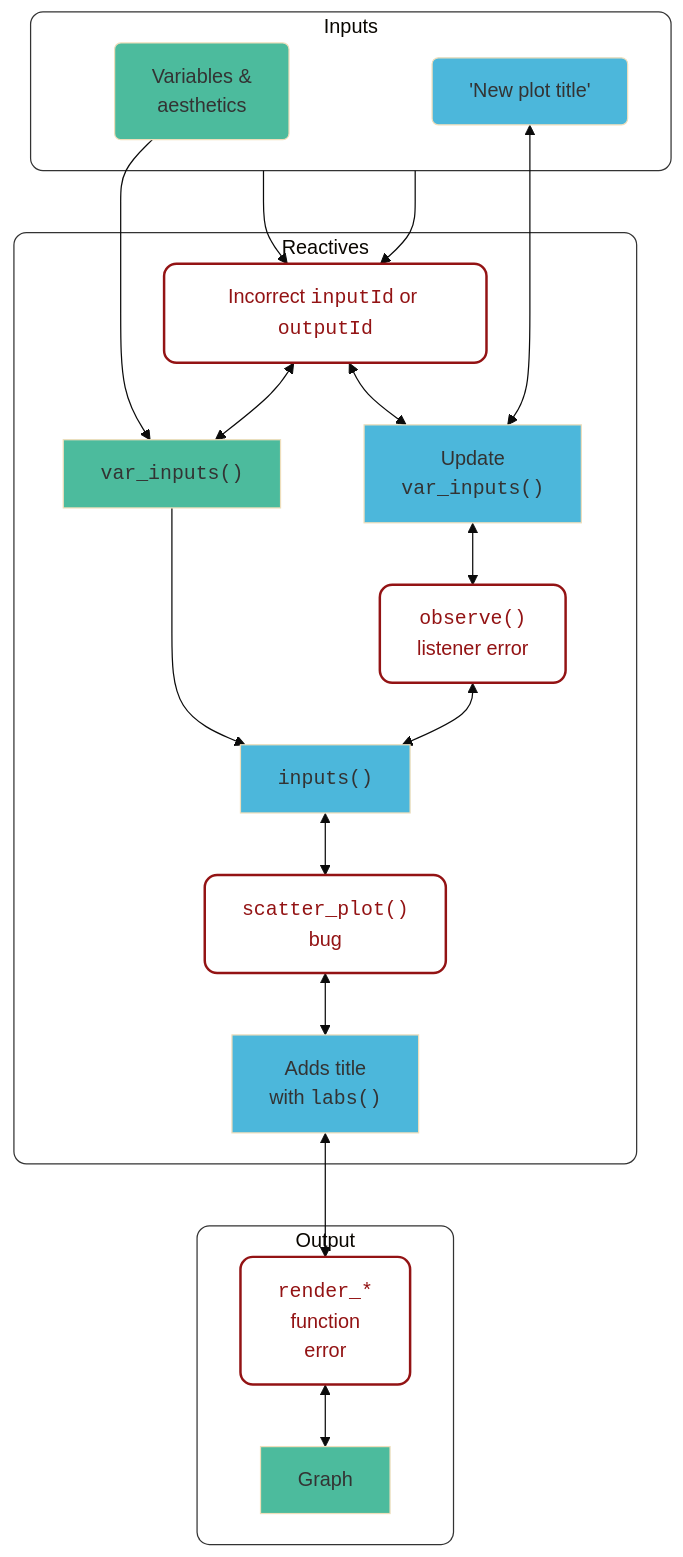
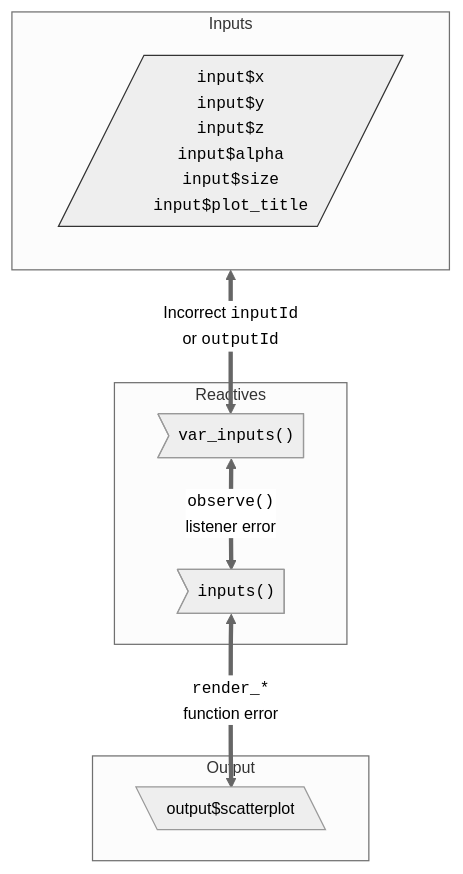
The fourth of 4 diagrams in debug.qmd (mjfrigaard/shiny-app-pkgs), drawn with Mermaid before and after one commit. The commit also changed other lines of this file and 31 other files, not shown here.

````diff
--- a/debug.qmd
+++ b/debug.qmd
@@ -253,68 +284,31 @@
 ```{mermaid}
-%%| label: bugs_reactive
+%%| fig-cap: '*Possible locations of bugs in a reactive model*'
 %%| fig-align: center
-%%| fig-cap: '*Possible locations of bugs in a reactive model*'
-%%{init: {'theme': 'base', 'themeVariables': { 'fontFamily': 'monospace'}}}%%
-flowchart 
+%%{init: {'theme': 'neutral', 'themeVariables': { 'fontFamily': 'monospace', "fontSize":"13px"}}}%%
+flowchart TD
     subgraph Inputs["Inputs"]
-        InputsVars["Variables & 
-                   aesthetics"]
-        InputsTitle[" 'New plot title' "]
+        var_input[/"<code>input$x</code>
+                   <code>input$y</code> 
+                   <code>input$z</code> 
+                   <code>input$alpha</code>
+                   <code>input$size</code>
+                   <code>input$plot_title</code>"/]
+    end
+    subgraph React["Reactives"]
+        var_inputs>"<code>var_inputs()</code> "]
+        inputs>"<code>inputs()</code>"]
+        
+        
         
     end
-    
-    subgraph React["Reactives"]
-        ReactVarInput["<code>var_inputs()</code>"]
-        ReactInput["<code>inputs()</code>"]
-        ReactUpdateVarInput["Update
-                             <code>var_inputs()</code>"]
-        ReactLabsTitle["Adds title 
-                        with <code>labs()</code>"]
-        BugIds["Incorrect <code>inputId</code> or <code>outputId</code>"]
-        BugObsListen["<code>observe()</code> 
-                      listener error"]
-        BugPlotFun["<code>scatter_plot()</code> 
-                    bug"]
+    subgraph Output["Output"]
+        output[\"output$scatterplot"\]
         
     end
+
+    Inputs <==> |"Incorrect <code>inputId</code><br>or <code>outputId</code>"|var_inputs 
+    var_inputs <==> |"<code>observe()</code><br>listener error"|inputs
+    inputs <==> |"<code>render_*</code><br>function error"|output
     
-    subgraph Output["Output"]
-        OutputGraph[Graph]
-        BugRenderFuns["<code>render_*</code> 
-                       function 
-                       error"]
-    end
-
-
-    InputsVars --> ReactVarInput
-    Inputs --> BugIds <--> ReactVarInput 
-    Inputs --> BugIds <--> ReactUpdateVarInput
-    InputsTitle <--> ReactUpdateVarInput
-
-    ReactVarInput --> ReactInput 
-    ReactUpdateVarInput <--> BugObsListen
-    BugObsListen <--> ReactInput
-    ReactInput <--> BugPlotFun <--> ReactLabsTitle
-
-    ReactLabsTitle <--> BugRenderFuns <--> OutputGraph
-
-
-    style Inputs fill:#FFFFFF,stroke:#333,stroke-width:1px,rx:10,ry:10
-    style React fill:#FFFFFF,stroke:#333,stroke-width:1px,rx:10,ry:10
-    style Output fill:#FFFFFF,stroke:#333,stroke-width:1px,rx:10,ry:10
-    
-    style InputsVars fill:#4CBB9D,rx:5,ry:5
-    style InputsTitle fill:#4CB7DB,rx:5,ry:5
-
-    style ReactVarInput fill:#4CBB9D
-    style ReactInput fill:#4CB7DB
-    style ReactUpdateVarInput fill:#4CB7DB
-    style ReactLabsTitle fill:#4CB7DB
-    
-    style BugIds fill:#FFFFFF,color:#931314,stroke:#931314,stroke-width:2px,rx:10,ry:10
-    style BugPlotFun fill:#FFFFFF,color:#931314,stroke:#931314,stroke-width:2px,rx:10,ry:10
-    style BugObsListen fill:#FFFFFF,color:#931314,stroke:#931314,stroke-width:2px,rx:10,ry:10
-    style BugRenderFuns fill:#FFFFFF,color:#931314,stroke:#931314,stroke-width:2px,rx:10,ry:10
-
-    style OutputGraph fill:#4CBB9D
+    style var_input stroke:#333,stroke-width:1px,rx:5,ry:5 
 ```
````
